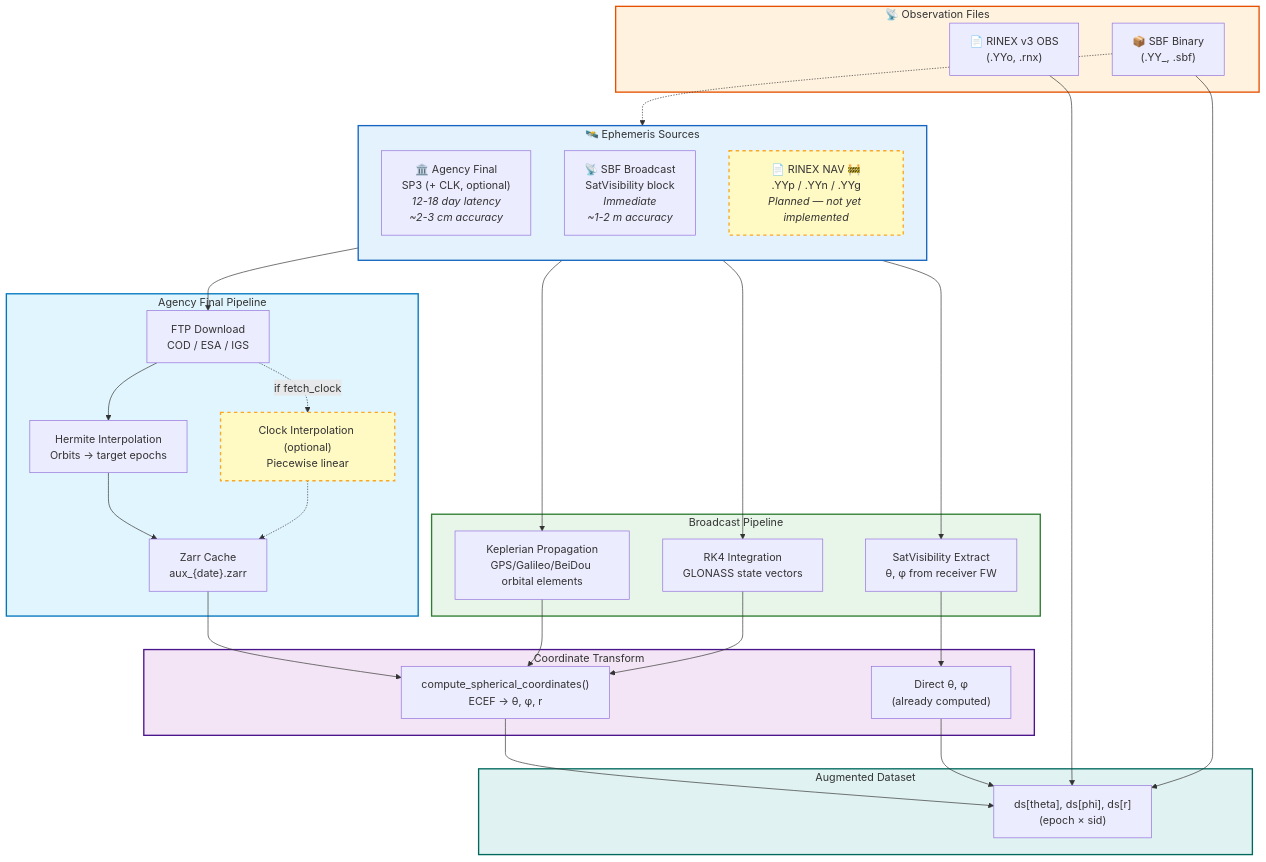
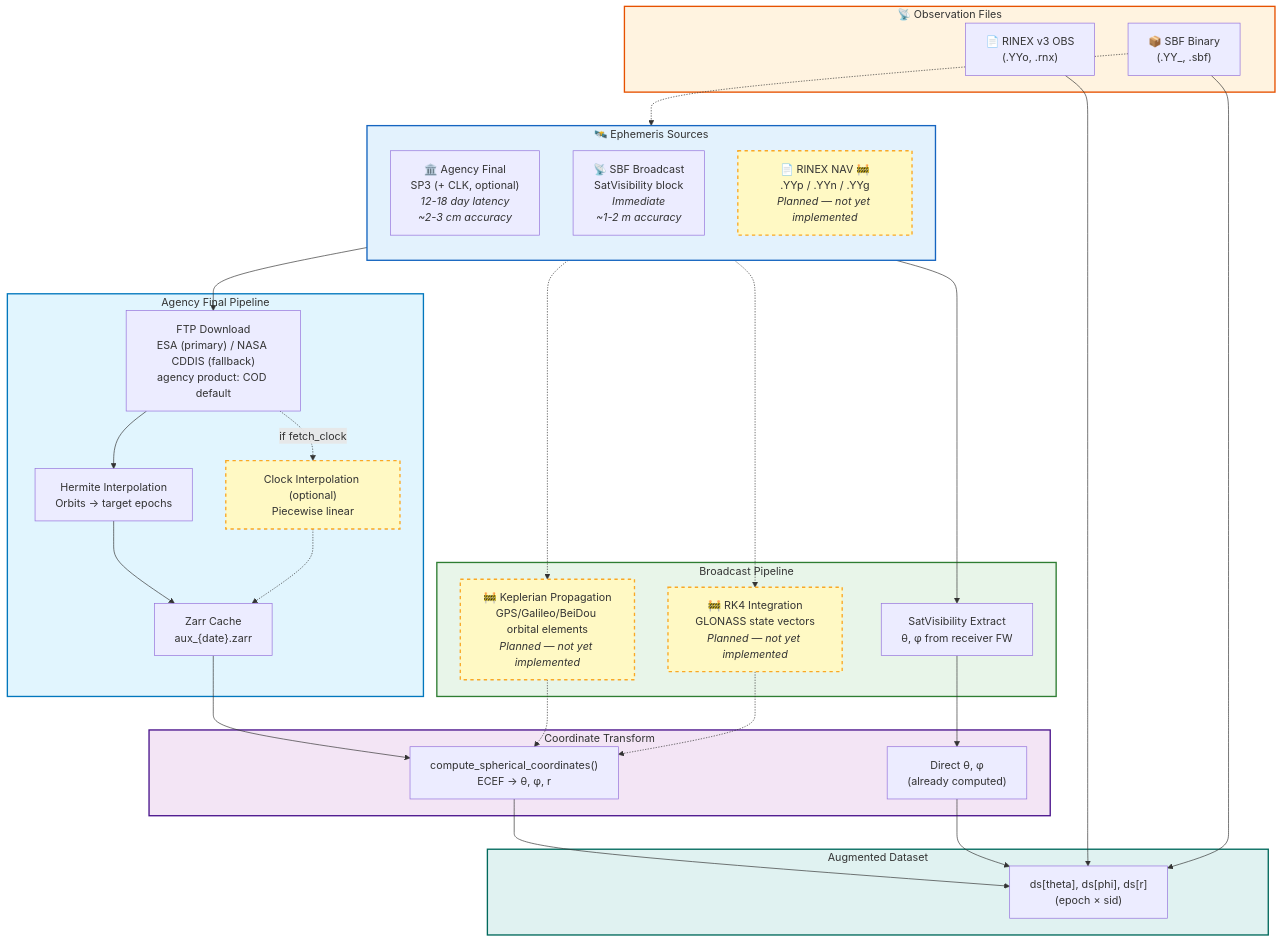
Before and after one commit to nfb2021/canvodpy: the diagram in docs/diagrams/06-ephemeris-sources.mmd, drawn with Mermaid. The commit also changed 42 other files, not shown here.

```diff
--- a/docs/diagrams/06-ephemeris-sources.mmd
+++ b/docs/diagrams/06-ephemeris-sources.mmd
@@ -1,60 +1,62 @@
 flowchart TD
     subgraph Observations["📡 Observation Files"]
         RINEX["📄 RINEX v3 OBS<br/>(.YYo, .rnx)"]
         SBF["📦 SBF Binary<br/>(.YY_, .sbf)"]
     end
 
     subgraph EphemSources["🛰️ Ephemeris Sources"]
         direction TB
         SP3["🏛️ Agency Final<br/>SP3 (+ CLK, optional)<br/><i>12-18 day latency</i><br/><i>~2-3 cm accuracy</i>"]
         SBFVIS["📡 SBF Broadcast<br/>SatVisibility block<br/><i>Immediate</i><br/><i>~1-2 m accuracy</i>"]
         NAV["📄 RINEX NAV 🚧<br/>.YYp / .YYn / .YYg<br/><i>Planned — not yet implemented</i>"]
     end
 
     subgraph Agency["Agency Final Pipeline"]
-        DL["FTP Download<br/>COD / ESA / IGS"] --> HERMI["Hermite Interpolation<br/>Orbits → target epochs"]
+        DL["FTP Download<br/>ESA (primary) / NASA CDDIS (fallback)<br/>agency product: COD default"] --> HERMI["Hermite Interpolation<br/>Orbits → target epochs"]
         HERMI --> ZCACHE["Zarr Cache<br/>aux_{date}.zarr"]
         DL -.->|"if fetch_clock"| CLK["Clock Interpolation (optional)<br/>Piecewise linear"]
         CLK -.-> ZCACHE
     end
 
     subgraph Broadcast["Broadcast Pipeline"]
         SATVIS["SatVisibility Extract<br/>θ, φ from receiver FW"]
-        KEPLER["Keplerian Propagation<br/>GPS/Galileo/BeiDou orbital elements"]
-        RK4["RK4 Integration<br/>GLONASS state vectors"]
+        KEPLER["🚧 Keplerian Propagation<br/>GPS/Galileo/BeiDou orbital elements<br/><i>Planned — not yet implemented</i>"]
+        RK4["🚧 RK4 Integration<br/>GLONASS state vectors<br/><i>Planned — not yet implemented</i>"]
     end
 
     subgraph Transform["Coordinate Transform"]
         SCS["compute_spherical_coordinates()<br/>ECEF → θ, φ, r"]
         DIRECT["Direct θ, φ<br/>(already computed)"]
     end
 
     subgraph Output["Augmented Dataset"]
         DS["ds[theta], ds[phi], ds[r]<br/>(epoch × sid)"]
     end
 
     SP3 --> DL
     SBFVIS --> SATVIS
-    NAV --> KEPLER
-    NAV --> RK4
+    NAV -.-> KEPLER
+    NAV -.-> RK4
 
     ZCACHE --> SCS
-    KEPLER --> SCS
-    RK4 --> SCS
+    KEPLER -.-> SCS
+    RK4 -.-> SCS
     SATVIS --> DIRECT
 
     SCS --> DS
     DIRECT --> DS
 
     RINEX --> DS
     SBF --> DS
     SBF -.-> SBFVIS
 
     style Observations fill:#fff3e0,stroke:#e65100,stroke-width:2px
     style EphemSources fill:#e3f2fd,stroke:#1565c0,stroke-width:2px
     style Agency fill:#e1f5fe,stroke:#0277bd,stroke-width:2px
     style Broadcast fill:#e8f5e9,stroke:#2e7d32,stroke-width:2px
     style Transform fill:#f3e5f5,stroke:#4a148c,stroke-width:2px
     style Output fill:#e0f2f1,stroke:#00695c,stroke-width:2px
     style NAV fill:#fff9c4,stroke:#f9a825,stroke-width:2px,stroke-dasharray: 5 5
     style CLK fill:#fff9c4,stroke:#f9a825,stroke-width:2px,stroke-dasharray: 5 5
+    style KEPLER fill:#fff9c4,stroke:#f9a825,stroke-width:2px,stroke-dasharray: 5 5
+    style RK4 fill:#fff9c4,stroke:#f9a825,stroke-width:2px,stroke-dasharray: 5 5
```
